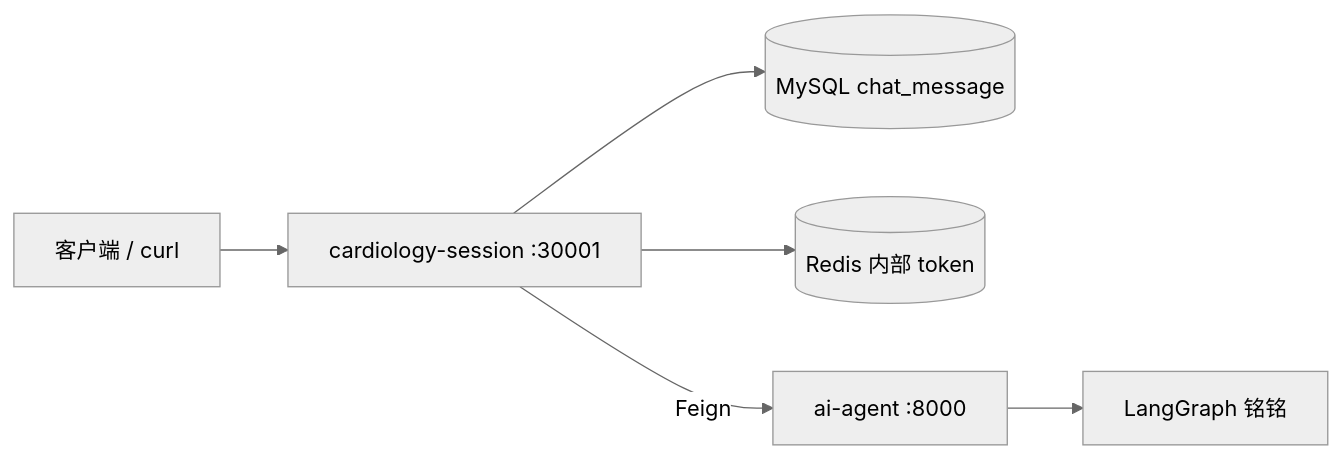
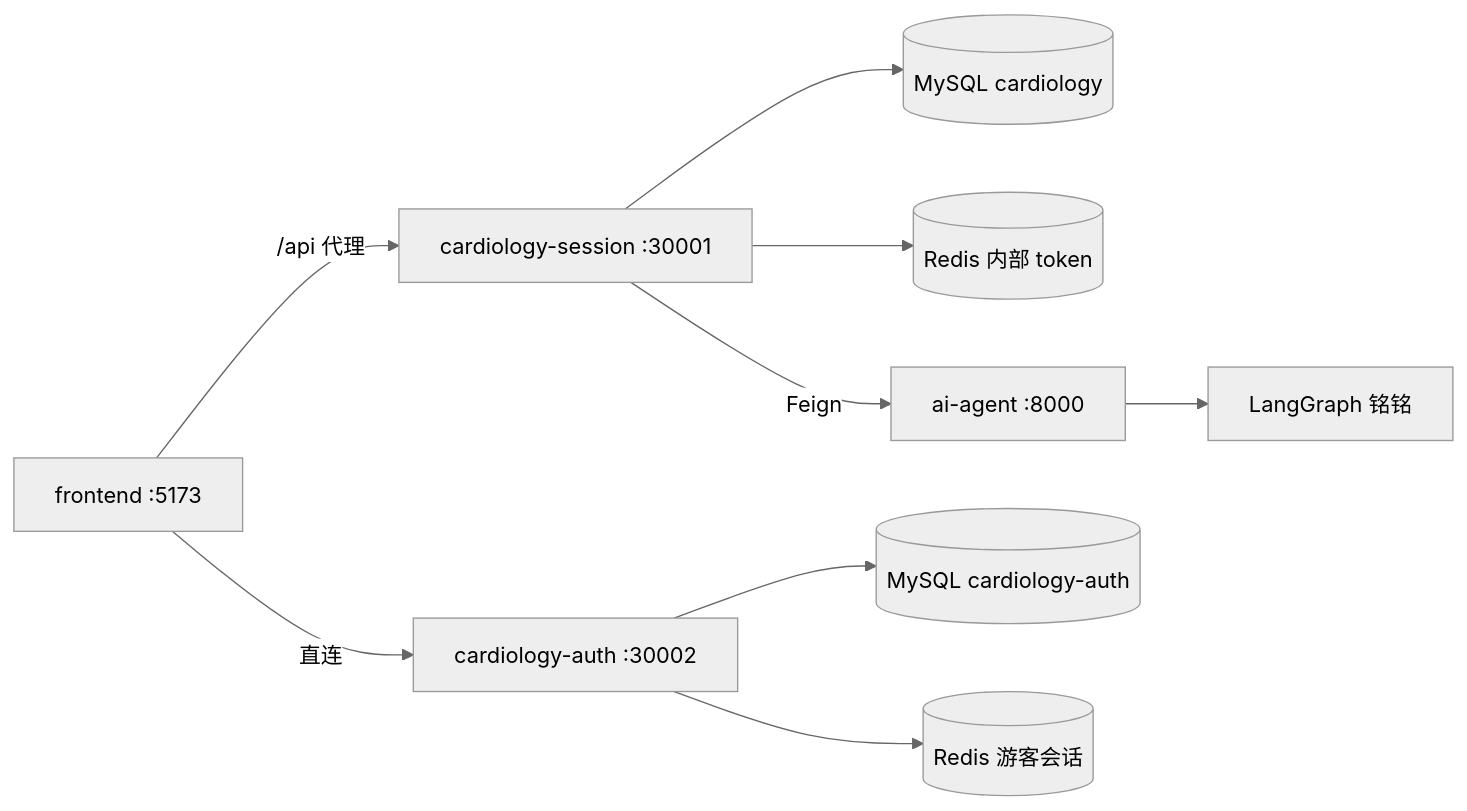
One commit to SherwinZeng/cardiologyintelligentagent changed the second of 2 diagrams in README.md. Above: the diagram before and after it, drawn with Mermaid (neutral theme). The commit also changed other lines of this file, not shown here.

````diff
--- a/README.md
+++ b/README.md
@@ -85,8 +88,11 @@
 ```mermaid
 flowchart LR
-    Client[客户端 / curl] --> Session[cardiology-session :30001]
-    Session --> MySQL[(MySQL chat_message)]
-    Session --> Redis[(Redis 内部 token)]
+    Web[frontend :5173] -->|/api 代理| Session[cardiology-session :30001]
+    Web -->|直连| Auth[cardiology-auth :30002]
+    Session --> MySQL1[(MySQL cardiology)]
+    Session --> Redis1[(Redis 内部 token)]
     Session -->|Feign| Agent[ai-agent :8000]
+    Auth --> MySQL2[(MySQL cardiology-auth)]
+    Auth --> Redis2[(Redis 游客会话)]
     Agent --> Graph[LangGraph 铭铭]
 ```
````
